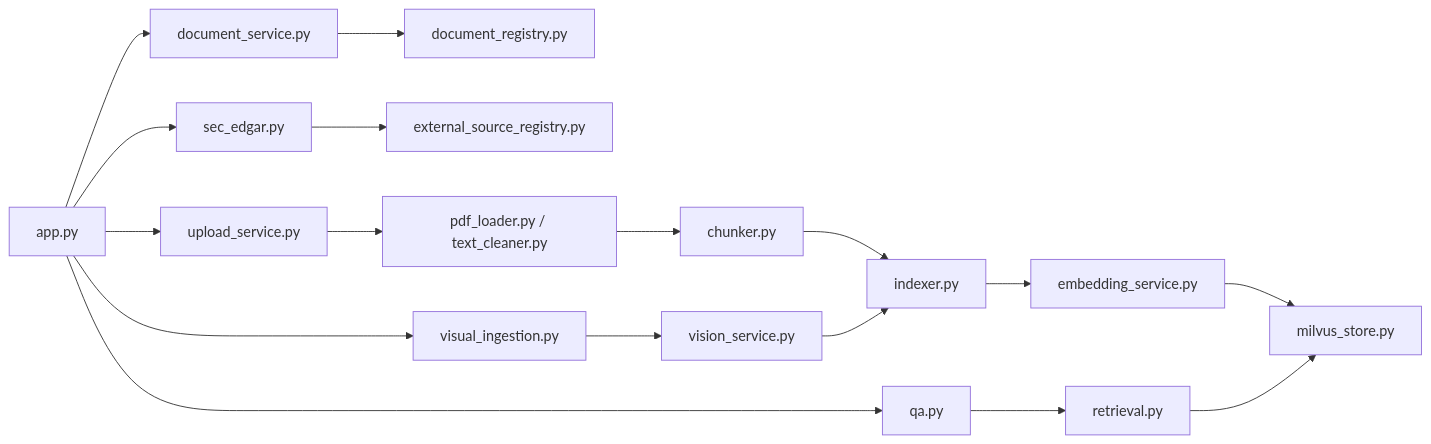
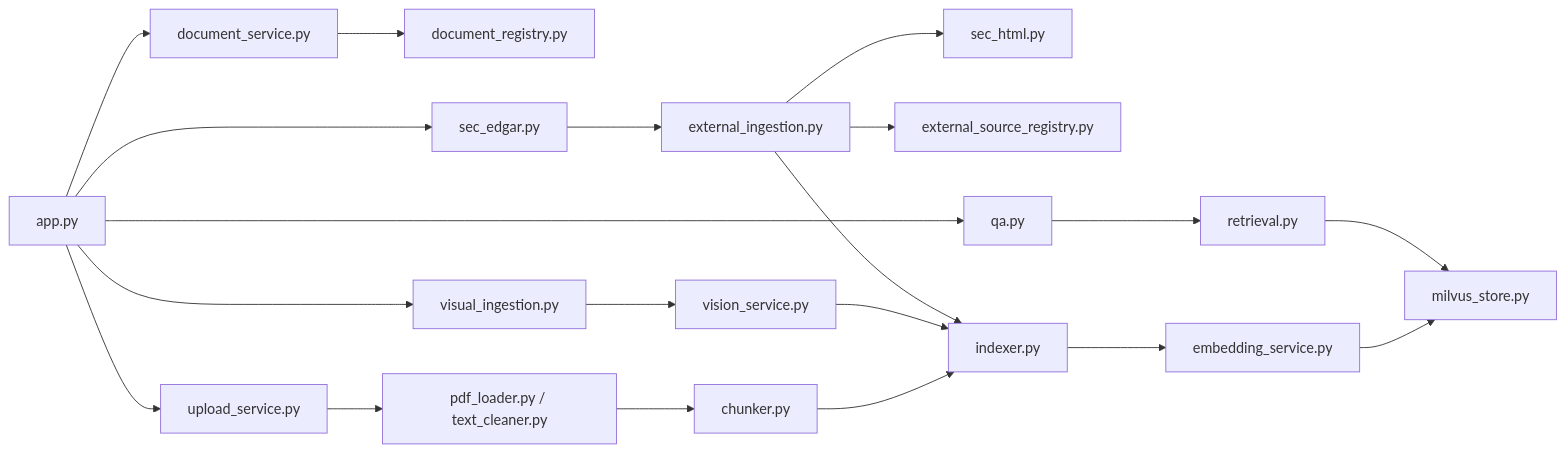
The second of 3 diagrams in docs/项目交接说明.md (tykhed666-lab/ResearchKB), drawn with Mermaid before and after one commit. The commit also changed other lines of this file and 16 other files, not shown here.

````diff
--- a/docs/项目交接说明.md
+++ b/docs/项目交接说明.md
@@ -238,25 +257,29 @@
 ```mermaid
 flowchart LR
     APP[app.py]
     UPLOAD[upload_service.py]
     DOCSERVICE[document_service.py]
     DOCREG[document_registry.py]
     SEC[sec_edgar.py]
+    HTML[sec_html.py]
+    EXTINGEST[external_ingestion.py]
     EXTREG[external_source_registry.py]
     PDF[pdf_loader.py / text_cleaner.py]
     CHUNK[chunker.py]
     INDEX[indexer.py]
     EMBED[embedding_service.py]
     STORE[milvus_store.py]
     RETRIEVE[retrieval.py]
     QA[qa.py]
     VISUAL[visual_ingestion.py]
     VISION[vision_service.py]
 
     APP --> UPLOAD --> PDF --> CHUNK --> INDEX
     APP --> DOCSERVICE --> DOCREG
     APP --> VISUAL --> VISION --> INDEX
-    APP --> SEC --> EXTREG
+    APP --> SEC --> EXTINGEST --> HTML
+    EXTINGEST --> EXTREG
+    EXTINGEST --> INDEX
     INDEX --> EMBED --> STORE
     APP --> QA --> RETRIEVE --> STORE
 ```
````
